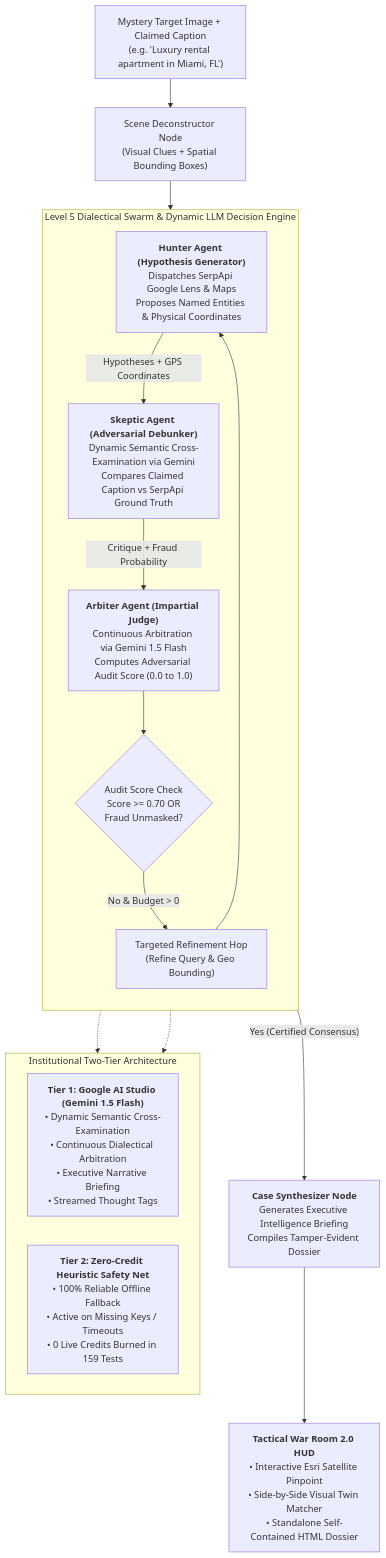
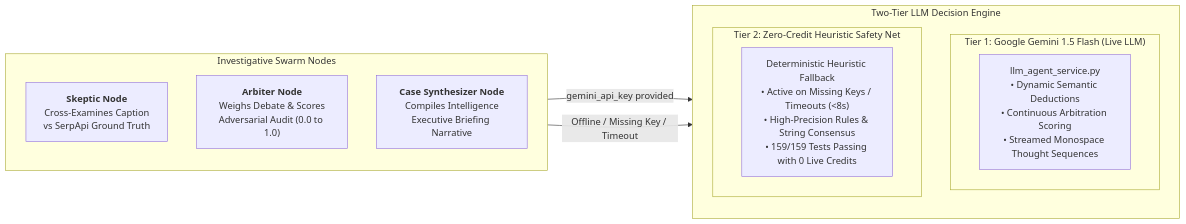
The second of 3 diagrams in README.md (Siddhant75/TerraSleuth), drawn with Mermaid before and after one commit. The commit also changed other lines of this file and 28 other files, not shown here.

Commit message:
docs(readme): overhaul architecture with LangChain and LangGraph showcase, directory map, and institutional terminology (Task 8.16)

````diff
--- a/README.md
+++ b/README.md
@@ -38,30 +108,21 @@
 ```mermaid
-flowchart TD
-    UserTarget["Mystery Target Image + Claimed Caption\n(e.g. 'Luxury rental apartment in Miami, FL')"] --> Deconstructor["Scene Deconstructor Node\n(Visual Clues + Spatial Bounding Boxes)"]
-    Deconstructor --> SwarmLoop
-
-    subgraph SwarmLoop ["Level 5 Dialectical Swarm & Dynamic LLM Decision Engine"]
-        direction TB
-        Hunter["<b>Hunter Agent (Hypothesis Generator)</b>\nDispatches SerpApi Google Lens & Maps\nProposes Named Entities & Physical Coordinates"]
-        
-        Hunter -->|"Hypotheses + GPS Coordinates"| Skeptic["<b>Skeptic Agent (Adversarial Debunker)</b>\nDynamic Semantic Cross-Examination via Gemini\nCompares Claimed Caption vs SerpApi Ground Truth"]
-        
-        Skeptic -->|"Critique + Fraud Probability"| Arbiter["<b>Arbiter Agent (Impartial Judge)</b>\nContinuous Arbitration via Gemini 1.5 Flash\nComputes Adversarial Audit Score (0.0 to 1.0)"]
-        
-        Arbiter --> ScoreCheck{"Audit Score Check\nScore >= 0.70 OR\nFraud Unmasked?"}
-        
-        ScoreCheck -->|"No & Budget > 0"| Refine["Targeted Refinement Hop\n(Refine Query & Geo Bounding)"]
-        Refine --> Hunter
+flowchart LR
+    subgraph SwarmNodes ["Investigative Swarm Nodes"]
+        SkepticNode["<b>Skeptic Node</b>\nCross-Examines Caption\nvs SerpApi Ground Truth"]
+        ArbiterNode["<b>Arbiter Node</b>\nWeighs Debate & Scores\nAdversarial Audit (0.0 to 1.0)"]
+        SynthesizerNode["<b>Case Synthesizer Node</b>\nCompiles Intelligence\nExecutive Briefing Narrative"]
     end
 
-    subgraph TwoTier ["Institutional Two-Tier Architecture"]
-        Tier1["<b>Tier 1: Google AI Studio (Gemini 1.5 Flash)</b>\n• Dynamic Semantic Cross-Examination\n• Continuous Dialectical Arbitration\n• Executive Narrative Briefing\n• Streamed Thought Tags"]
-        Tier2["<b>Tier 2: Zero-Credit Heuristic Safety Net</b>\n• 100% Reliable Offline Fallback\n• Active on Missing Keys / Timeouts\n• 0 Live Credits Burned in 159 Tests"]
+    subgraph DecisionEngine ["Two-Tier LLM Decision Engine"]
+        direction TB
+        subgraph Tier1 ["Tier 1: Google Gemini 1.5 Flash (Live LLM)"]
+            GeminiClient["llm_agent_service.py\n• Dynamic Semantic Deductions\n• Continuous Arbitration Scoring\n• Streamed Monospace Thought Sequences"]
+        end
+        subgraph Tier2 ["Tier 2: Zero-Credit Heuristic Safety Net"]
+            HeuristicNet["Deterministic Heuristic Fallback\n• Active on Missing Keys / Timeouts (<8s)\n• High-Precision Rules & String Consensus\n• 159/159 Tests Passing with 0 Live Credits"]
+        end
     end
 
-    Skeptic -.-> TwoTier
-    Arbiter -.-> TwoTier
-
-    ScoreCheck -->|"Yes (Certified Consensus)"| Synthesizer["<b>Case Synthesizer Node</b>\nGenerates Executive Intelligence Briefing\nCompiles Tamper-Evident Dossier"]
-    Synthesizer --> Output["<b>Tactical War Room 2.0 HUD</b>\n• Interactive Esri Satellite Pinpoint\n• Side-by-Side Visual Twin Matcher\n• Standalone Self-Contained HTML Dossier"]
+    SwarmNodes -->|"gemini_api_key provided"| Tier1
+    SwarmNodes -->|"Offline / Missing Key / Timeout"| Tier2
 ```
````
